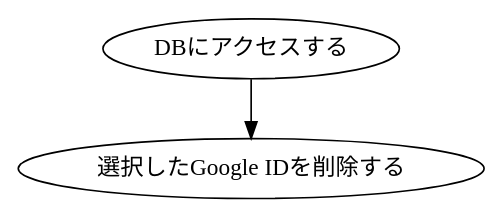
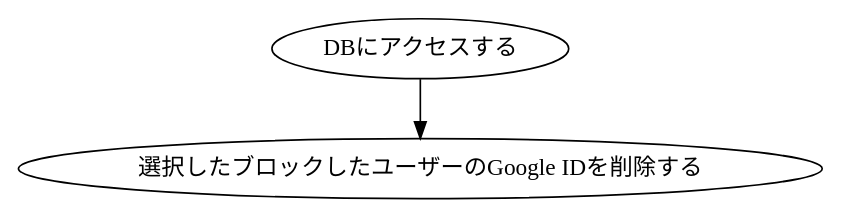
The diagram in dot/marudemaru/DeleteBlock.dot (KUT-Group12/internal_design), drawn with Graphviz before and after one commit. The commit also changed 2 other files, not shown here.

```diff
--- a/dot/marudemaru/DeleteBlock.dot
+++ b/dot/marudemaru/DeleteBlock.dot
@@ -1,8 +1,8 @@
 digraph G {
     #include "style.doth"
     
     db[label = "DBにアクセスする"]
-    delete[label = "選択したGoogle IDを削除する"]
+    delete[label = "選択したブロックしたユーザーのGoogle IDを削除する"]
 
     db -> delete
 }
```
